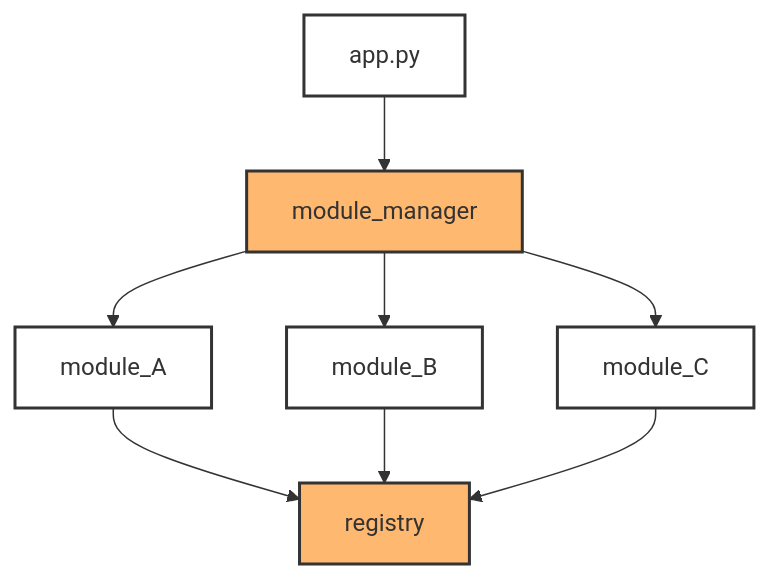
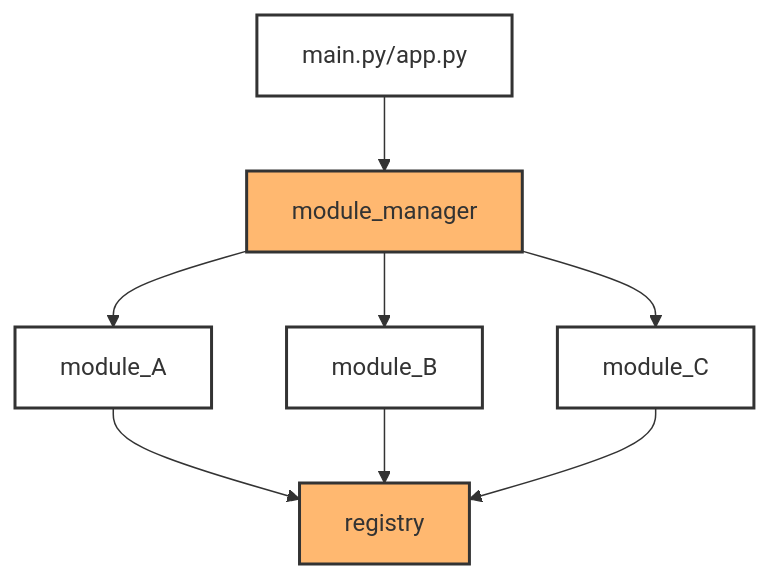
Before and after one commit to Obsidian-Cloud/EZModuleManager: the diagram in README.md, drawn with Mermaid. The commit also changed other lines of this file, not shown here.

````diff
--- a/README.md
+++ b/README.md
@@ -19,13 +32,13 @@
 ```mermaid
 graph TD;
-app.py:::whiteClass-->module_manager;
+main.py/app.py:::whiteClass-->module_manager;
 module_manager-->module_A;
 module_manager:::orangeClass-->module_B;
 module_manager-->module_C;
 module_A:::whiteClass-->registry;
 module_B:::whiteClass-->registry:::orangeClass;
 module_C:::whiteClass-->registry;
 
 classDef orangeClass fill:#ffb870,stroke:#333,stroke-width:2px;
 classDef whiteClass fill:#ffffff,stroke:#333,stroke-width:2px;
 ```  
````
